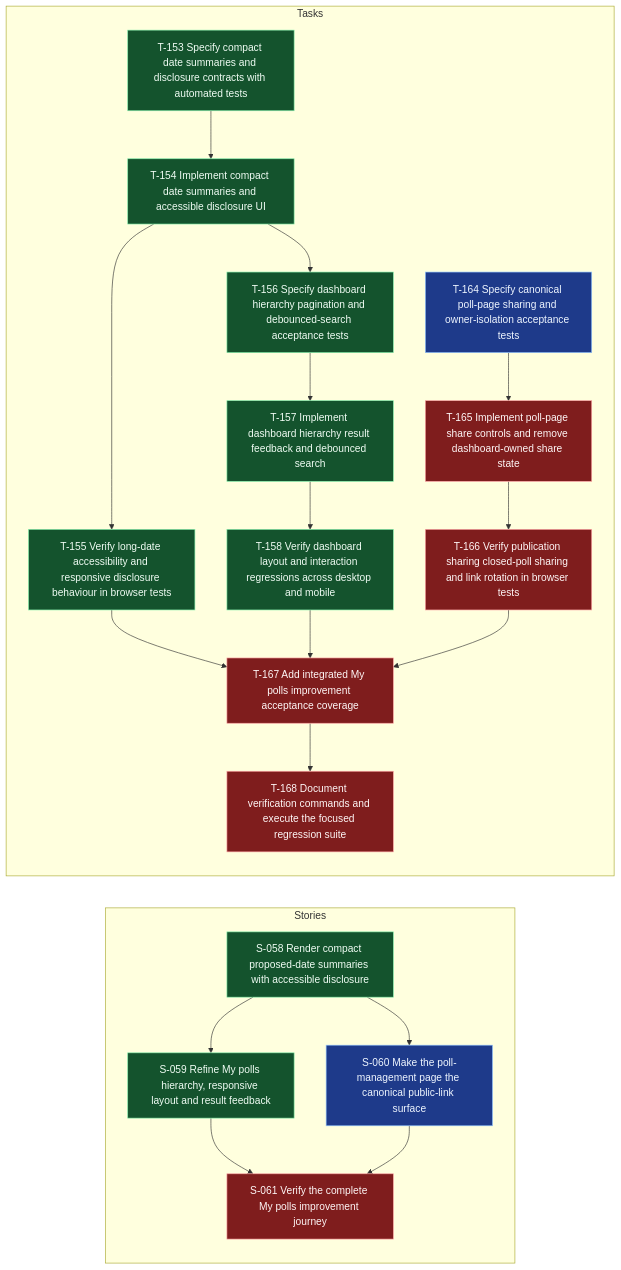
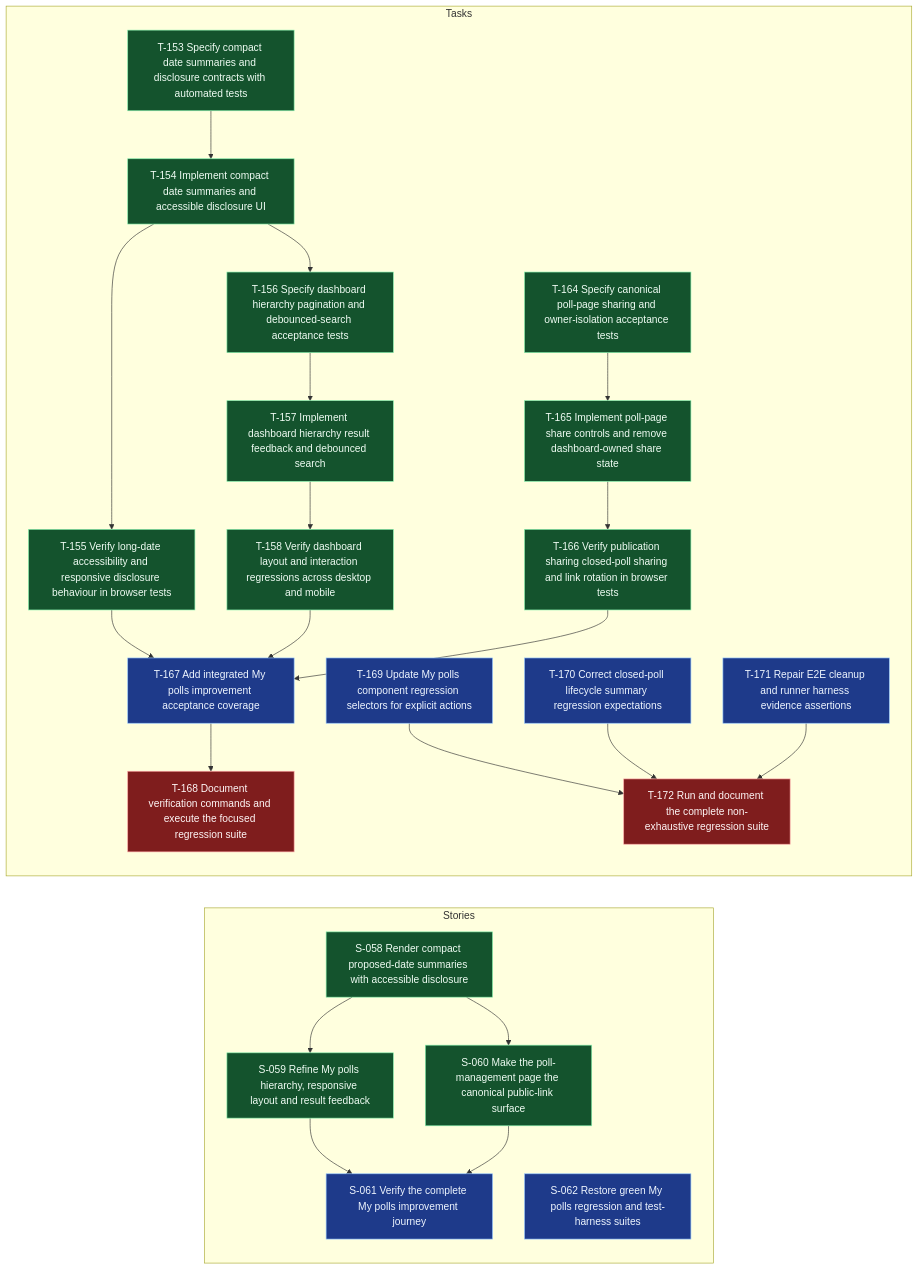
One commit to andybalham/invite-agent changed the diagram in .worktracker/graphs/E-016.mmd. Above: the diagram before and after it, drawn with Mermaid. The commit also changed 25 other files, not shown here.

First line of the commit message:
feat(tests): add regression tasks and enhance poll sharing tests

```diff
--- a/.worktracker/graphs/E-016.mmd
+++ b/.worktracker/graphs/E-016.mmd
@@ -1,55 +1,68 @@
 graph LR
   classDef done fill:#14532d,stroke:#86efac,color:#f0fdf4;
   classDef blocked fill:#7f1d1d,stroke:#fca5a5,color:#fff7f7;
   classDef inprogress fill:#78350f,stroke:#fbbf24,color:#fffbeb;
   classDef todo fill:#1e3a8a,stroke:#93c5fd,color:#eff6ff;
   classDef empty fill:#374151,stroke:#d1d5db,color:#f9fafb,stroke-dasharray: 3 3;
   subgraph Stories
     S058["S-058 Render compact proposed-date summaries with accessible disclosure"]:::done
     S059["S-059 Refine My polls hierarchy, responsive layout and result feedback"]:::done
-    S060["S-060 Make the poll-management page the canonical public-link surface"]:::todo
-    S061["S-061 Verify the complete My polls improvement journey"]:::blocked
+    S060["S-060 Make the poll-management page the canonical public-link surface"]:::done
+    S061["S-061 Verify the complete My polls improvement journey"]:::todo
+    S062["S-062 Restore green My polls regression and test-harness suites"]:::todo
     S058 --> S059
     S058 --> S060
     S059 --> S061
     S060 --> S061
   end
   subgraph Tasks
     T153["T-153 Specify compact date summaries and disclosure contracts with automated tests"]:::done
     T154["T-154 Implement compact date summaries and accessible disclosure UI"]:::done
     T155["T-155 Verify long-date accessibility and responsive disclosure behaviour in browser tests"]:::done
     T156["T-156 Specify dashboard hierarchy pagination and debounced-search acceptance tests"]:::done
     T157["T-157 Implement dashboard hierarchy result feedback and debounced search"]:::done
     T158["T-158 Verify dashboard layout and interaction regressions across desktop and mobile"]:::done
-    T164["T-164 Specify canonical poll-page sharing and owner-isolation acceptance tests"]:::todo
-    T165["T-165 Implement poll-page share controls and remove dashboard-owned share state"]:::blocked
-    T166["T-166 Verify publication sharing closed-poll sharing and link rotation in browser tests"]:::blocked
-    T167["T-167 Add integrated My polls improvement acceptance coverage"]:::blocked
+    T164["T-164 Specify canonical poll-page sharing and owner-isolation acceptance tests"]:::done
+    T165["T-165 Implement poll-page share controls and remove dashboard-owned share state"]:::done
+    T166["T-166 Verify publication sharing closed-poll sharing and link rotation in browser tests"]:::done
+    T167["T-167 Add integrated My polls improvement acceptance coverage"]:::todo
     T168["T-168 Document verification commands and execute the focused regression suite"]:::blocked
+    T169["T-169 Update My polls component regression selectors for explicit actions"]:::todo
+    T170["T-170 Correct closed-poll lifecycle summary regression expectations"]:::todo
+    T171["T-171 Repair E2E cleanup and runner harness evidence assertions"]:::todo
+    T172["T-172 Run and document the complete non-exhaustive regression suite"]:::blocked
     T153 --> T154
     T154 --> T155
     T154 --> T156
     T155 --> T167
     T156 --> T157
     T157 --> T158
     T158 --> T167
     T164 --> T165
     T165 --> T166
     T166 --> T167
     T167 --> T168
+    T169 --> T172
+    T170 --> T172
+    T171 --> T172
   end
   click S058 "../entities/S-058-render-compact-proposed-date-summaries-with-accessible-disclosure.md"
   click S059 "../entities/S-059-refine-my-polls-hierarchy-responsive-layout-and-result-feedback.md"
   click S060 "../entities/S-060-make-the-poll-management-page-the-canonical-public-link-surface.md"
   click S061 "../entities/S-061-verify-the-complete-my-polls-improvement-journey.md"
+  click S062 "../entities/S-062-restore-green-my-polls-regression-and-test-harness-suites.md"
   click T153 "../entities/T-153-specify-compact-date-summaries-and-disclosure-contracts-with-automated-tests.md"
   click T154 "../entities/T-154-implement-compact-date-summaries-and-accessible-disclosure-ui.md"
   click T155 "../entities/T-155-verify-long-date-accessibility-and-responsive-disclosure-behaviour-in-browser-tests.md"
   click T156 "../entities/T-156-specify-dashboard-hierarchy-pagination-and-debounced-search-acceptance-tests.md"
   click T157 "../entities/T-157-implement-dashboard-hierarchy-result-feedback-and-debounced-search.md"
   click T158 "../entities/T-158-verify-dashboard-layout-and-interaction-regressions-across-desktop-and-mobile.md"
   click T164 "../entities/T-164-specify-canonical-poll-page-sharing-and-owner-isolation-acceptance-tests.md"
   click T165 "../entities/T-165-implement-poll-page-share-controls-and-remove-dashboard-owned-share-state.md"
   click T166 "../entities/T-166-verify-publication-sharing-closed-poll-sharing-and-link-rotation-in-browser-tests.md"
   click T167 "../entities/T-167-add-integrated-my-polls-improvement-acceptance-coverage.md"
   click T168 "../entities/T-168-document-verification-commands-and-execute-the-focused-regression-suite.md"
+  click T169 "../entities/T-169-update-my-polls-component-regression-selectors-for-explicit-actions.md"
+  click T170 "../entities/T-170-correct-closed-poll-lifecycle-summary-regression-expectations.md"
+  click T171 "../entities/T-171-repair-e2e-cleanup-and-runner-harness-evidence-assertions.md"
+  click T172 "../entities/T-172-run-and-document-the-complete-non-exhaustive-regression-suite.md"
```
